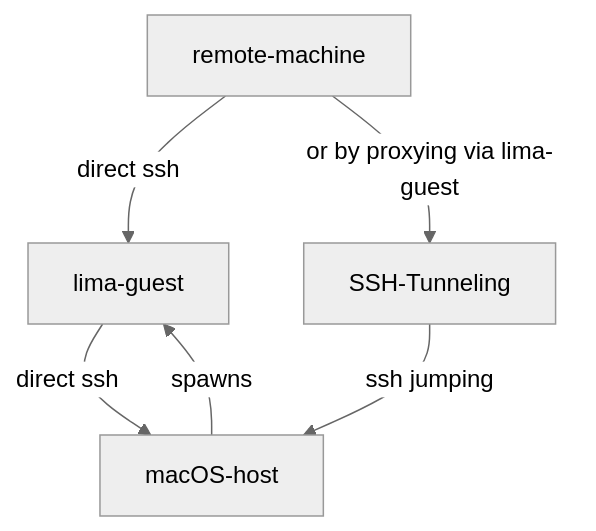
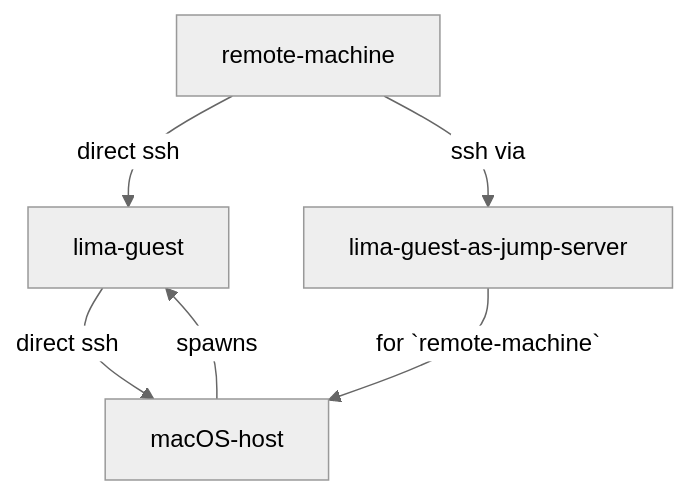
One commit to ryuheechul/provision changed the diagram in lima/tailscale/README.md. Above: the diagram before and after it, drawn with Mermaid (neutral theme). The commit also changed other lines of this file, not shown here.

Commit message:
Revise lima/tailscale/README.md

````diff
--- a/lima/tailscale/README.md
+++ b/lima/tailscale/README.md
@@ -38,8 +38,8 @@
 ```mermaid
 flowchart TD
     remote-machine -- direct ssh --> lima-guest
-    remote-machine -- or by proxying via lima-guest --> SSH-Tunneling
+    remote-machine -- ssh via --> lima-guest-as-jump-server
     lima-guest -- direct ssh --> macOS-host
-    SSH-Tunneling -- ssh jumping --> macOS-host
+    lima-guest-as-jump-server -- for `remote-machine` --> macOS-host
     macOS-host -- spawns --> lima-guest
 ```
````
